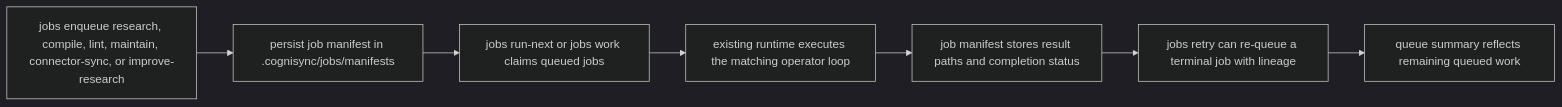
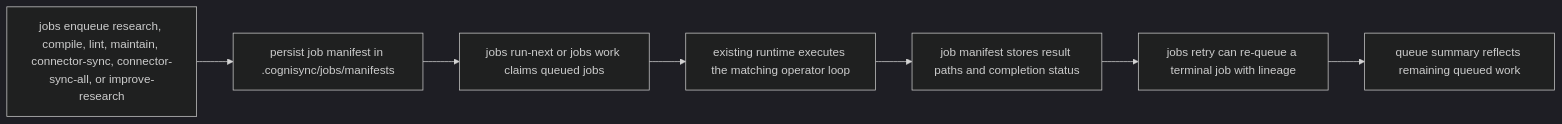
One commit to shrijacked/Cognisync changed the second of 2 diagrams in docs/operator-workflows.md. Above: the diagram before and after it, drawn with Mermaid (dark theme). The commit also changed other lines of this file and 2 other files, not shown here.

Commit message:
docs: describe registry-wide connector sync

````diff
--- a/docs/operator-workflows.md
+++ b/docs/operator-workflows.md
@@ -250,9 +251,9 @@
 ```mermaid
 flowchart LR
-    A["jobs enqueue research, compile, lint, maintain, connector-sync, or improve-research"] --> B["persist job manifest in .cognisync/jobs/manifests"]
+    A["jobs enqueue research, compile, lint, maintain, connector-sync, connector-sync-all, or improve-research"] --> B["persist job manifest in .cognisync/jobs/manifests"]
     B --> C["jobs run-next or jobs work claims queued jobs"]
     C --> D["existing runtime executes the matching operator loop"]
     D --> E["job manifest stores result paths and completion status"]
     E --> F["jobs retry can re-queue a terminal job with lineage"]
     F --> G["queue summary reflects remaining queued work"]
 ```
````
